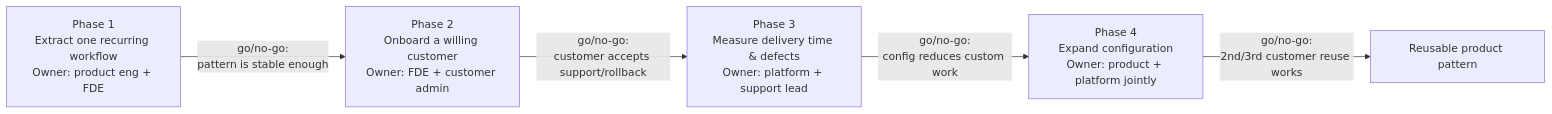
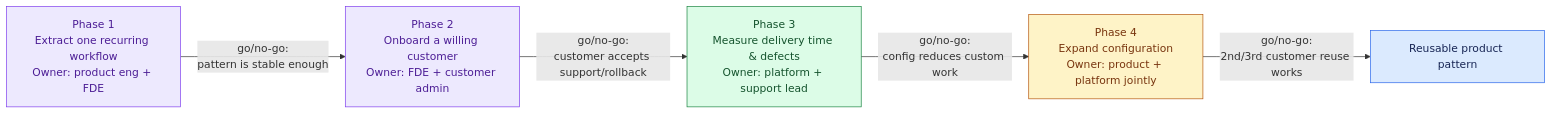
The first of 2 diagrams in site/content/modules/15-fde-case-studies/standalone-designs/configurable-platform-customer-workflows/tutorial-v2-part-5.md (Sourav692/Forward-Deployed-Engineer-Interview-Prep), drawn with Mermaid before and after one commit. The commit also changed other lines of this file and 1268 other files, not shown here.

First line of the commit message:
content: polish Casebook writing and Mermaid diagrams (#251)

````diff
--- a/site/content/modules/15-fde-case-studies/standalone-designs/configurable-platform-customer-workflows/tutorial-v2-part-5.md
+++ b/site/content/modules/15-fde-case-studies/standalone-designs/configurable-platform-customer-workflows/tutorial-v2-part-5.md
@@ -32,11 +32,21 @@
 ```mermaid
 flowchart LR
   P1["Phase 1<br/>Extract one recurring workflow<br/>Owner: product eng + FDE"]
   P2["Phase 2<br/>Onboard a willing customer<br/>Owner: FDE + customer admin"]
   P3["Phase 3<br/>Measure delivery time & defects<br/>Owner: platform + support lead"]
   P4["Phase 4<br/>Expand configuration<br/>Owner: product + platform jointly"]
   P1 -->|"go/no-go:<br/>pattern is stable enough"| P2
   P2 -->|"go/no-go:<br/>customer accepts support/rollback"| P3
   P3 -->|"go/no-go:<br/>config reduces custom work"| P4
   P4 -->|"go/no-go:<br/>2nd/3rd customer reuse works"| DONE["Reusable product pattern"]
+
+    %% Casebook colours: entry, reasoning, results, controls, and stopped paths.
+    classDef cbReason fill:#ede9fe,stroke:#7c3aed,color:#4c1d95
+    class P1,P2 cbReason
+    classDef cbAction fill:#dcfce7,stroke:#15803d,color:#14532d
+    class P3 cbAction
+    classDef cbPolicy fill:#fef3c7,stroke:#b45309,color:#78350f
+    class P4 cbPolicy
+    classDef cbInput fill:#dbeafe,stroke:#2563eb,color:#172554
+    class DONE cbInput
 ```
````
